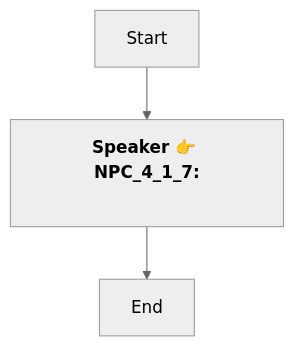
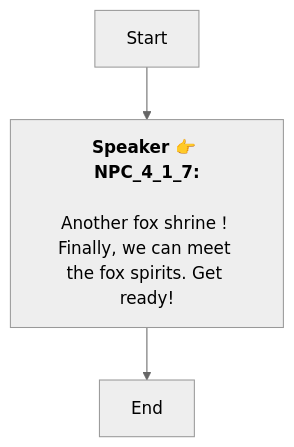
One commit to SoftHu/tos_avg changed the diagram in En/QuestApproachDialogNode_1773669954299164.md. Above: the diagram before and after it, drawn with Mermaid (neutral theme). The commit also changed 410 other files, not shown here.

````diff
--- a/En/QuestApproachDialogNode_1773669954299164.md
+++ b/En/QuestApproachDialogNode_1773669954299164.md
@@ -1,7 +1,8 @@
 ```mermaid
 graph
 Start -->1773672914670905[<b>Speaker 👉 NPC_4_1_7:</b>
-\n]
+\nAnother fox shrine！
+Finally, we can meet the fox spirits. Get ready!]
 1773672914670905 -->1773670104201504[End]
 
 ```
````
